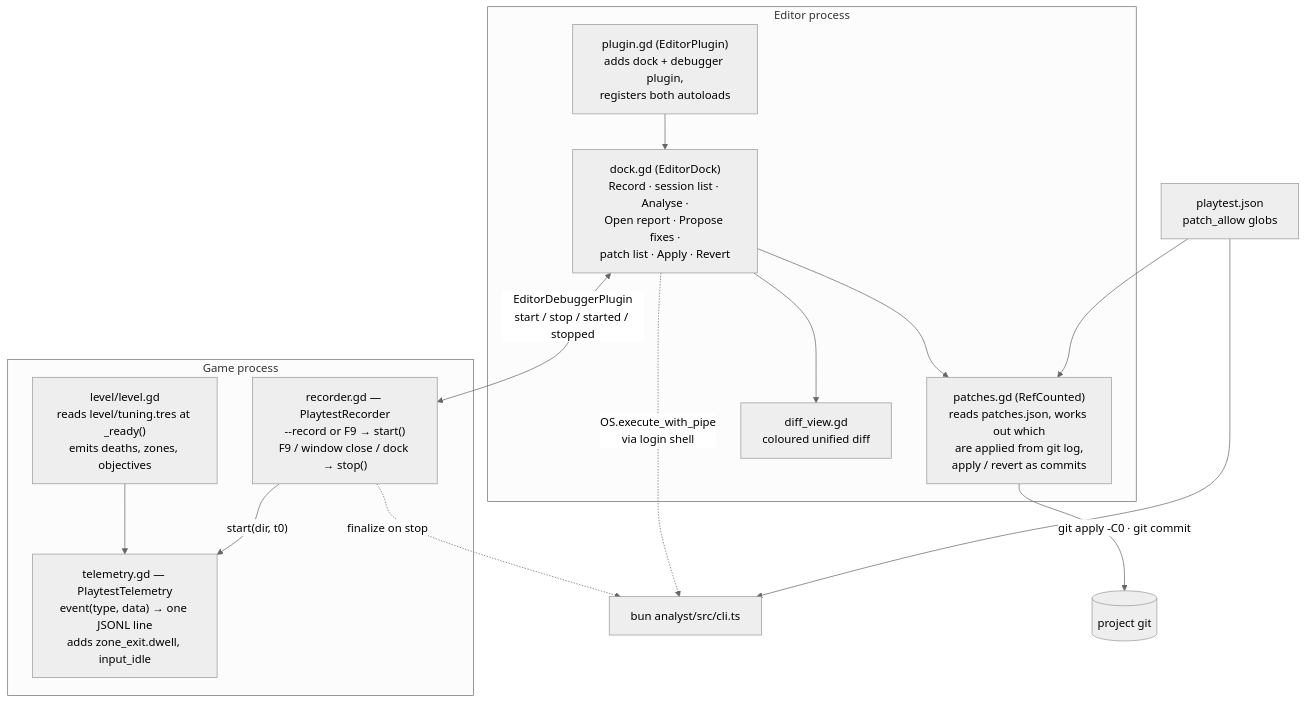
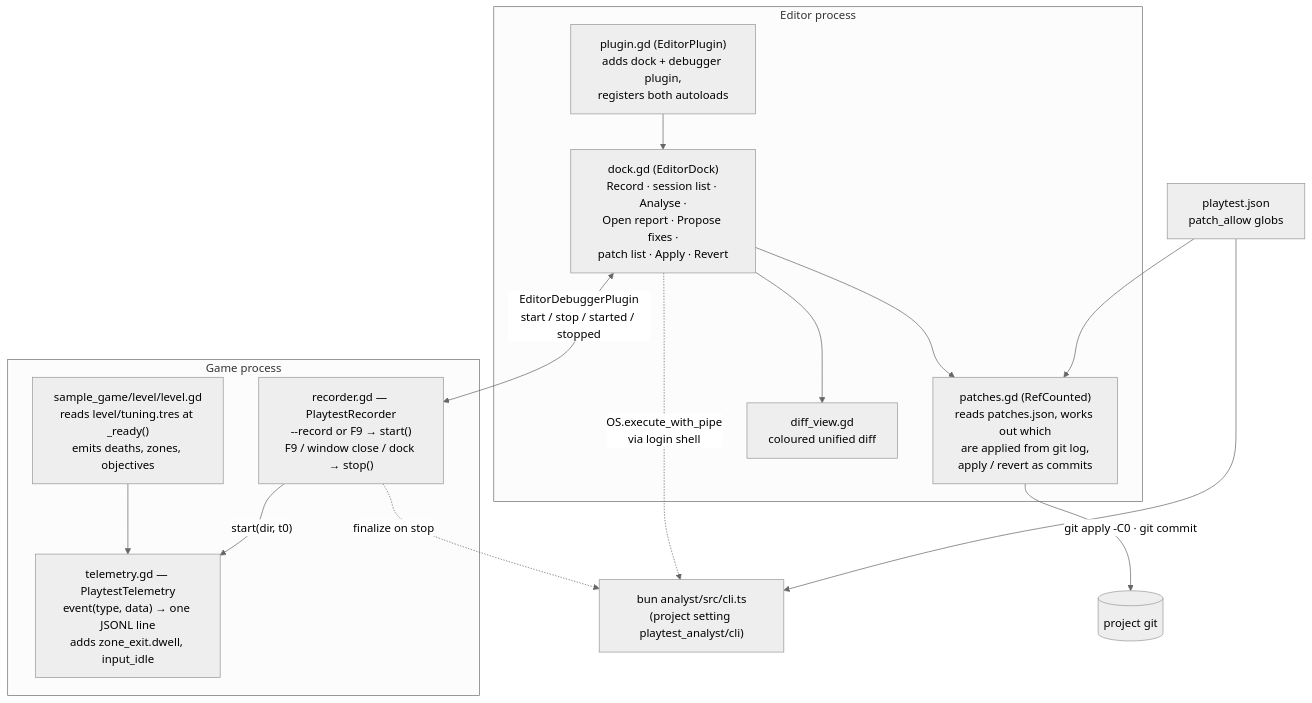
One commit to tornupgaming/playtest-analyst changed the sixth of 9 diagrams in docs/architecture.md. Above: the diagram before and after it, drawn with Mermaid (neutral theme). The commit also changed other lines of this file and 148 other files, not shown here.

First line of the commit message:
Move the Godot project into sample_game/; the plugin and analyst stay top level

````diff
--- a/docs/architecture.md
+++ b/docs/architecture.md
@@ -272,25 +272,25 @@
 ```mermaid
 flowchart TB
   subgraph Editor["Editor process"]
     plugin["plugin.gd (EditorPlugin)<br/>adds dock + debugger plugin,<br/>registers both autoloads"]
     dock["dock.gd (EditorDock)<br/>Record · session list · Analyse ·<br/>Open report · Propose fixes ·<br/>patch list · Apply · Revert"]
     patches["patches.gd (RefCounted)<br/>reads patches.json, works out which<br/>are applied from git log,<br/>apply / revert as commits"]
     diff["diff_view.gd<br/>coloured unified diff"]
     plugin --> dock --> patches & diff
   end
 
   subgraph GameProc["Game process"]
     rec["recorder.gd — PlaytestRecorder<br/>--record or F9 → start()<br/>F9 / window close / dock → stop()"]
     tel["telemetry.gd — PlaytestTelemetry<br/>event(type, data) → one JSONL line<br/>adds zone_exit.dwell, input_idle"]
-    level["level/level.gd<br/>reads level/tuning.tres at _ready()<br/>emits deaths, zones, objectives"]
+    level["sample_game/level/level.gd<br/>reads level/tuning.tres at _ready()<br/>emits deaths, zones, objectives"]
     level --> tel
     rec -->|"start(dir, t0)"| tel
   end
 
   dock <-->|"EditorDebuggerPlugin<br/>start / stop / started / stopped"| rec
-  dock -.->|"OS.execute_with_pipe<br/>via login shell"| cli["bun analyst/src/cli.ts"]
+  dock -.->|"OS.execute_with_pipe<br/>via login shell"| cli["bun analyst/src/cli.ts<br/>(project setting playtest_analyst/cli)"]
   rec -.->|"finalize on stop"| cli
   patches -->|"git apply -C0 · git commit"| git[("project git")]
   cfg["playtest.json<br/>patch_allow globs"] --> patches
   cfg --> cli
 ```
````
